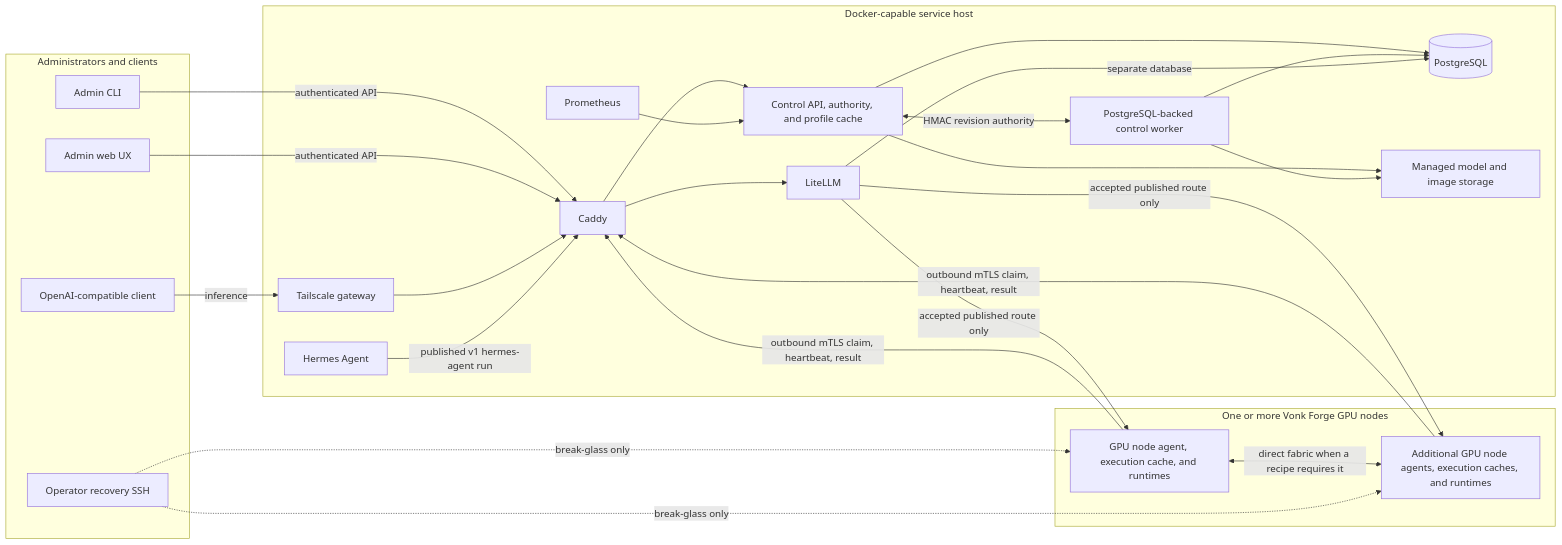
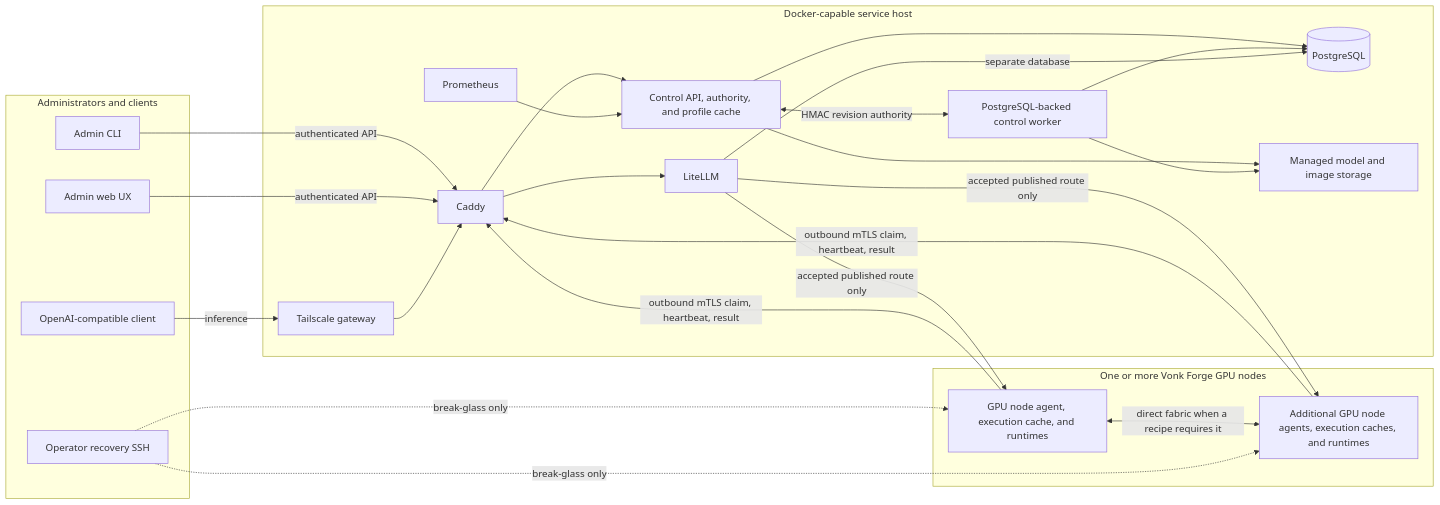
Before and after one commit to CarstVaartjes/vonk-forge: the first of 2 diagrams in docs/architecture-overview.md, drawn with Mermaid. The commit also changed other lines of this file and 118 other files, not shown here.

````diff
--- a/docs/architecture-overview.md
+++ b/docs/architecture-overview.md
@@ -33,46 +33,44 @@
 ```mermaid
 flowchart LR
     subgraph users[Administrators and clients]
         cli[Admin CLI]
         web[Admin web UX]
         client[OpenAI-compatible client]
         operator[Operator recovery SSH]
     end
 
     subgraph host[Docker-capable service host]
         tailscale[Tailscale gateway]
         caddy[Caddy]
         api[Control API, authority, and profile cache]
         worker[PostgreSQL-backed control worker]
         db[(PostgreSQL)]
         storage[Managed model and image storage]
         litellm[LiteLLM]
-        hermes[Hermes Agent]
         telemetry[Prometheus]
     end
 
     subgraph nodes[One or more Vonk Forge GPU nodes]
         s1[GPU node agent, execution cache, and runtimes]
         sn[Additional GPU node agents, execution caches, and runtimes]
     end
 
     cli -->|authenticated API| caddy
     web -->|authenticated API| caddy
     client -->|inference| tailscale --> caddy --> litellm
     caddy --> api
     api --> db
     worker --> db
     api --> storage
     worker --> storage
     litellm -->|separate database| db
     api <-->|HMAC revision authority| worker
-    hermes -->|published v1 hermes-agent run| caddy
     telemetry --> api
     litellm -->|accepted published route only| s1
     litellm -->|accepted published route only| sn
     s1 -->|outbound mTLS claim, heartbeat, result| caddy
     sn -->|outbound mTLS claim, heartbeat, result| caddy
     s1 <-->|direct fabric when a recipe requires it| sn
     operator -. break-glass only .-> s1
     operator -. break-glass only .-> sn
 ```
````
